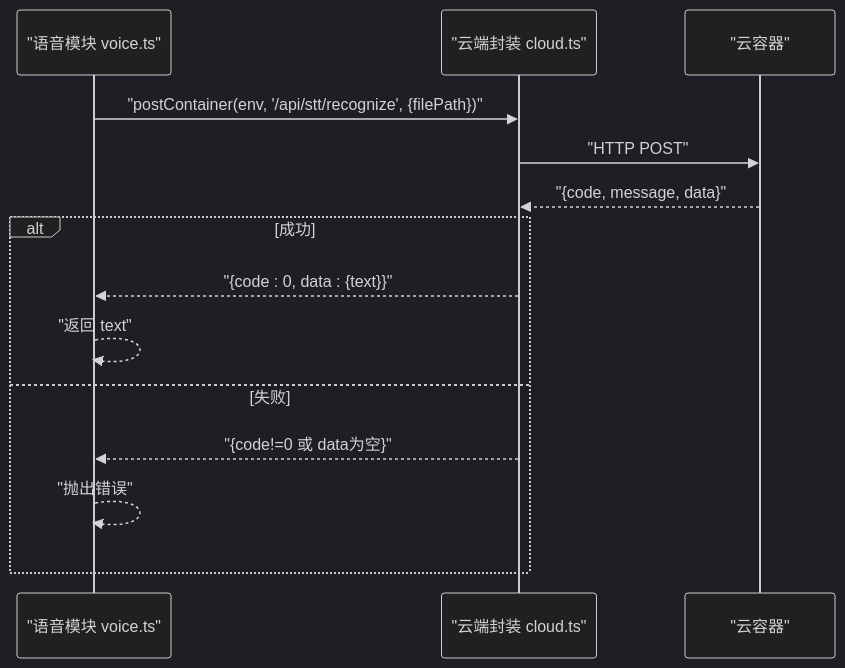
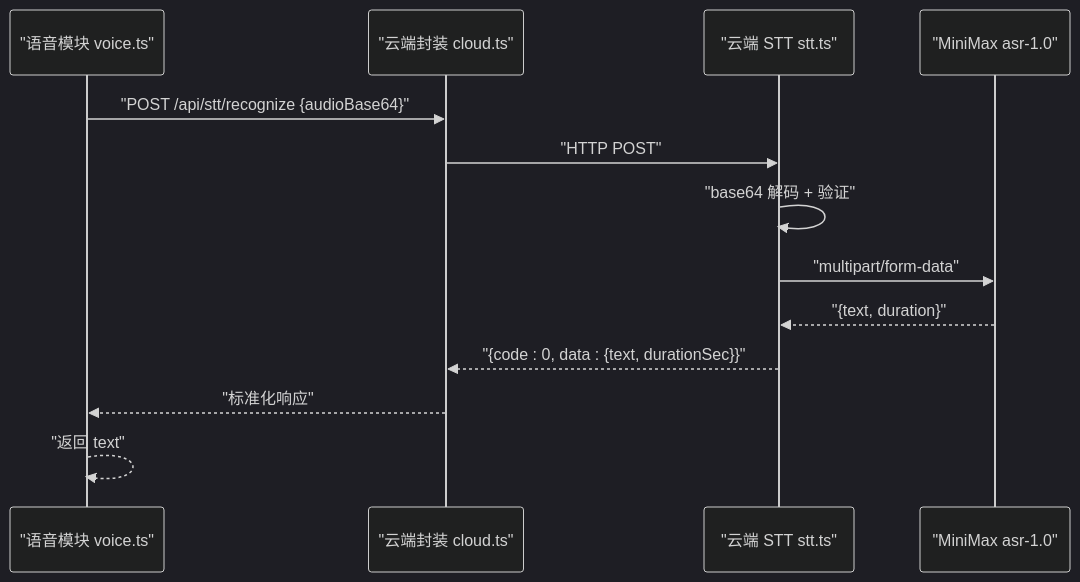
One commit to Ichi-Hackton/WAIC-WeChat-MiniProgram changed the fourth of 5 diagrams in .qoder/repowiki/zh/content/用户界面/交互层设计/语音交互功能.md. Above: the diagram before and after it, drawn with Mermaid (dark theme). The commit also changed other lines of this file and 39 other files, not shown here.

````diff
--- a/.qoder/repowiki/zh/content/用户界面/交互层设计/语音交互功能.md
+++ b/.qoder/repowiki/zh/content/用户界面/交互层设计/语音交互功能.md
@@ -177,16 +179,15 @@
 ```mermaid
 sequenceDiagram
 participant Voice as "语音模块 voice.ts"
 participant Cloud as "云端封装 cloud.ts"
-participant Container as "云容器"
-Voice->>Cloud : "postContainer(env, '/api/stt/recognize', {filePath})"
-Cloud->>Container : "HTTP POST"
-Container-->>Cloud : "{code, message, data}"
-alt 成功
-Cloud-->>Voice : "{code : 0, data : {text}}"
+participant STT as "云端 STT stt.ts"
+participant MiniMax as "MiniMax asr-1.0"
+Voice->>Cloud : "POST /api/stt/recognize {audioBase64}"
+Cloud->>STT : "HTTP POST"
+STT->>STT : "base64 解码 + 验证"
+STT->>MiniMax : "multipart/form-data"
+MiniMax-->>STT : "{text, duration}"
+STT-->>Cloud : "{code : 0, data : {text, durationSec}}"
+Cloud-->>Voice : "标准化响应"
 Voice-->>Voice : "返回 text"
-else 失败
-Cloud-->>Voice : "{code!=0 或 data为空}"
-Voice-->>Voice : "抛出错误"
-end
 ```
````
